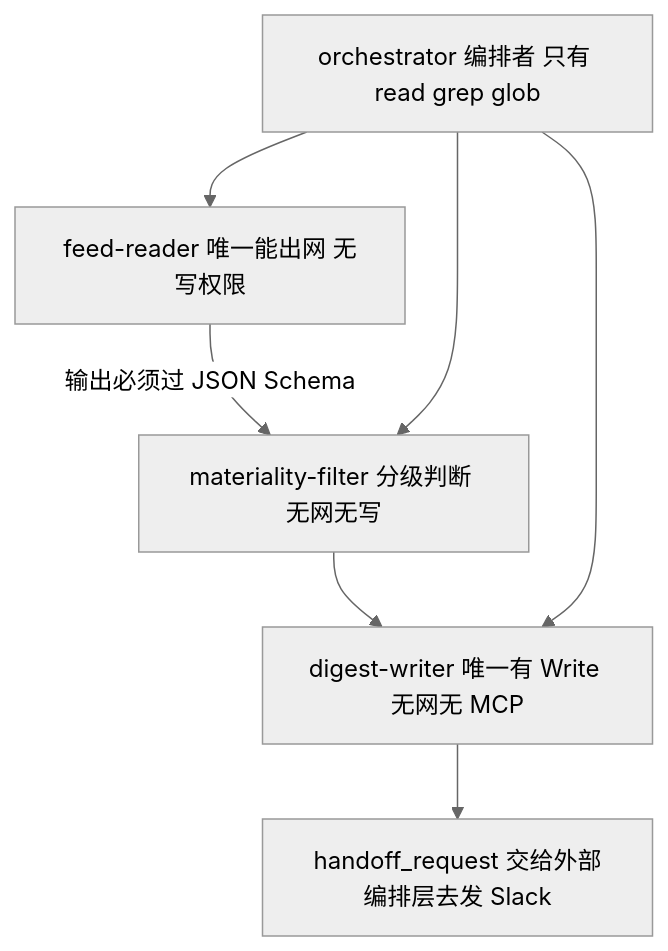
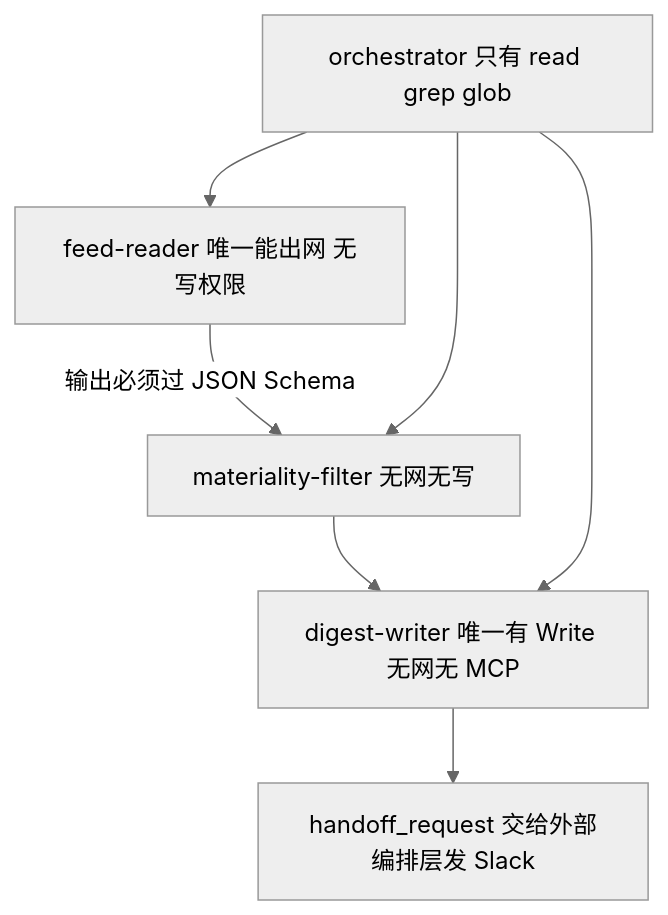
Before and after one commit to diguike/book-source-reading: the sixth of 7 diagrams in book/08-claude-for-legal.md, drawn with Mermaid (neutral theme). The commit also changed other lines of this file and 14 other files, not shown here.

````diff
--- a/book/08-claude-for-legal.md
+++ b/book/08-claude-for-legal.md
@@ -659,14 +619,14 @@
 ```mermaid
 flowchart TB
-    O[orchestrator 编排者 只有 read grep glob]
+    O[orchestrator 只有 read grep glob]
     F[feed-reader 唯一能出网 无写权限]
-    M[materiality-filter 分级判断 无网无写]
+    M[materiality-filter 无网无写]
     W[digest-writer 唯一有 Write 无网无 MCP]
-    H[handoff_request 交给外部编排层去发 Slack]
+    H[handoff_request 交给外部编排层发 Slack]
     O --> F
     F -- 输出必须过 JSON Schema --> M
     M --> W
     O --> M
     O --> W
     W --> H
 ```
````
